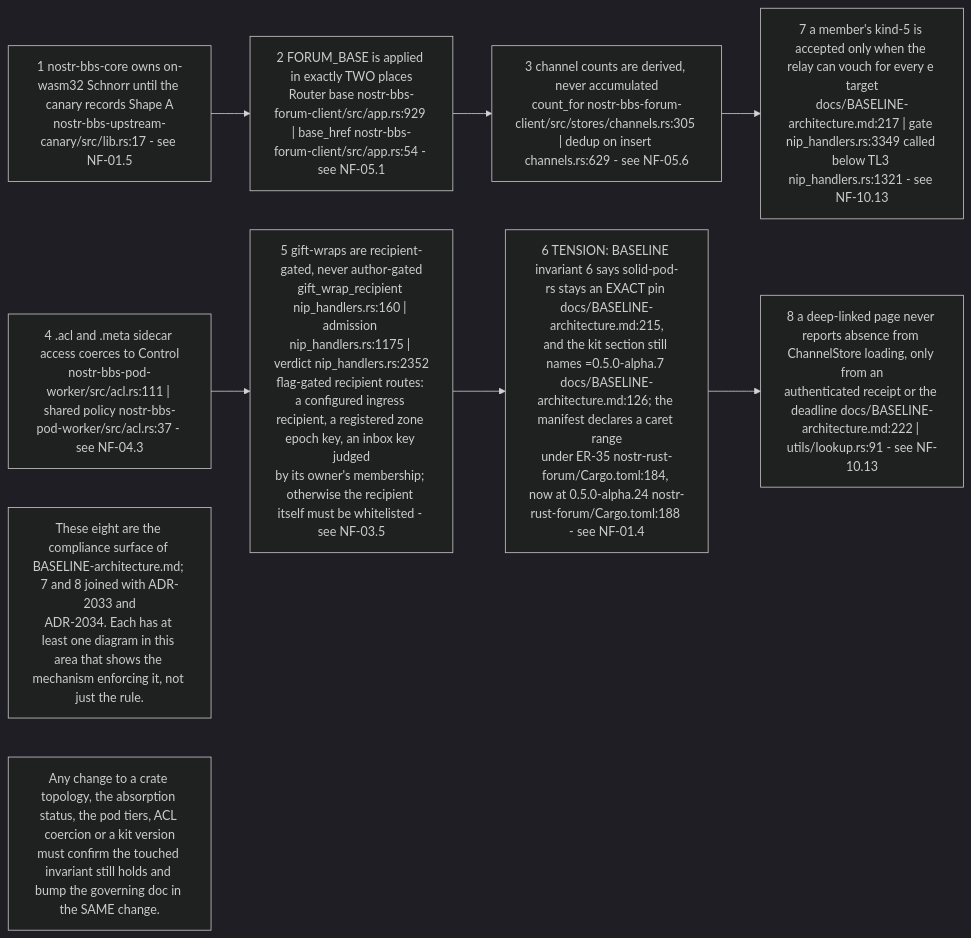
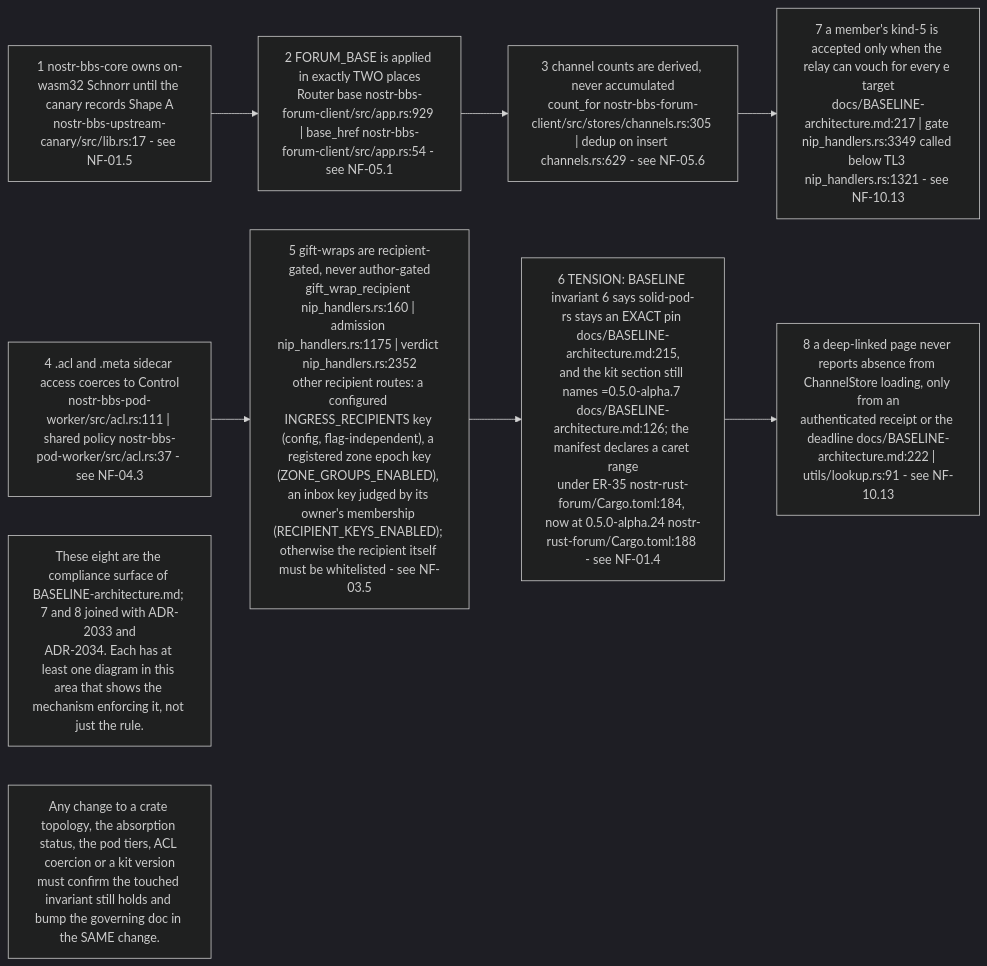
The first of 13 diagrams in docs/diagrams/nostr-rust-forum/10-invariants-and-anomaly-register.md (DreamLab-AI/VisionFlow), drawn with Mermaid (dark theme) before and after one commit. The commit also changed other lines of this file, not shown here.

Commit message:
docs(diagrams): NF-10 wording — I5 names which recipient routes are config and which flag-gated; NF-10.12 dates the rationale rule to d5f6308

````diff
--- a/docs/diagrams/nostr-rust-forum/10-invariants-and-anomaly-register.md
+++ b/docs/diagrams/nostr-rust-forum/10-invariants-and-anomaly-register.md
@@ -92,17 +92,17 @@
 ```mermaid
 flowchart LR
     I1["1 nostr-bbs-core owns on-wasm32 Schnorr until the canary records Shape A<br/>nostr-bbs-upstream-canary/src/lib.rs:17 - see NF-01.5"]
     I2["2 FORUM_BASE is applied in exactly TWO places<br/>Router base nostr-bbs-forum-client/src/app.rs:929 | base_href nostr-bbs-forum-client/src/app.rs:54 - see NF-05.1"]
     I3["3 channel counts are derived, never accumulated<br/>count_for nostr-bbs-forum-client/src/stores/channels.rs:305 | dedup on insert channels.rs:629 - see NF-05.6"]
     I4["4 .acl and .meta sidecar access coerces to Control<br/>nostr-bbs-pod-worker/src/acl.rs:111 | shared policy nostr-bbs-pod-worker/src/acl.rs:37 - see NF-04.3"]
-    I5["5 gift-wraps are recipient-gated, never author-gated<br/>gift_wrap_recipient nip_handlers.rs:160 | admission nip_handlers.rs:1175 | verdict nip_handlers.rs:2352<br/>flag-gated recipient routes: a configured ingress recipient, a registered zone epoch key, an inbox key judged<br/>by its owner's membership; otherwise the recipient itself must be whitelisted - see NF-03.5"]
+    I5["5 gift-wraps are recipient-gated, never author-gated<br/>gift_wrap_recipient nip_handlers.rs:160 | admission nip_handlers.rs:1175 | verdict nip_handlers.rs:2352<br/>other recipient routes: a configured INGRESS_RECIPIENTS key (config, flag-independent), a registered zone epoch key<br/>(ZONE_GROUPS_ENABLED), an inbox key judged by its owner's membership (RECIPIENT_KEYS_ENABLED); otherwise the recipient itself must be whitelisted - see NF-03.5"]
     I6["6 TENSION: BASELINE invariant 6 says solid-pod-rs stays an EXACT pin docs/BASELINE-architecture.md:215,<br/>and the kit section still names =0.5.0-alpha.7 docs/BASELINE-architecture.md:126; the manifest declares a caret range<br/>under ER-35 nostr-rust-forum/Cargo.toml:184, now at 0.5.0-alpha.24 nostr-rust-forum/Cargo.toml:188 - see NF-01.4"]
     I7["7 a member's kind-5 is accepted only when the relay can vouch for every e target<br/>docs/BASELINE-architecture.md:217 | gate nip_handlers.rs:3349 called below TL3 nip_handlers.rs:1321 - see NF-10.13"]
     I8["8 a deep-linked page never reports absence from ChannelStore loading, only from an<br/>authenticated receipt or the deadline docs/BASELINE-architecture.md:222 | utils/lookup.rs:91 - see NF-10.13"]
 
     I1 --> I2 --> I3 --> I7
     I4 --> I5 --> I6 --> I8
 
     N1["These eight are the compliance surface of BASELINE-architecture.md; 7 and 8 joined with ADR-2033 and<br/>ADR-2034. Each has at least one diagram in this area that shows the mechanism enforcing it, not just the rule."]
     N2["Any change to a crate topology, the absorption status, the pod tiers, ACL coercion or a kit version<br/>must confirm the touched invariant still holds and bump the governing doc in the SAME change."]
 ```
````
